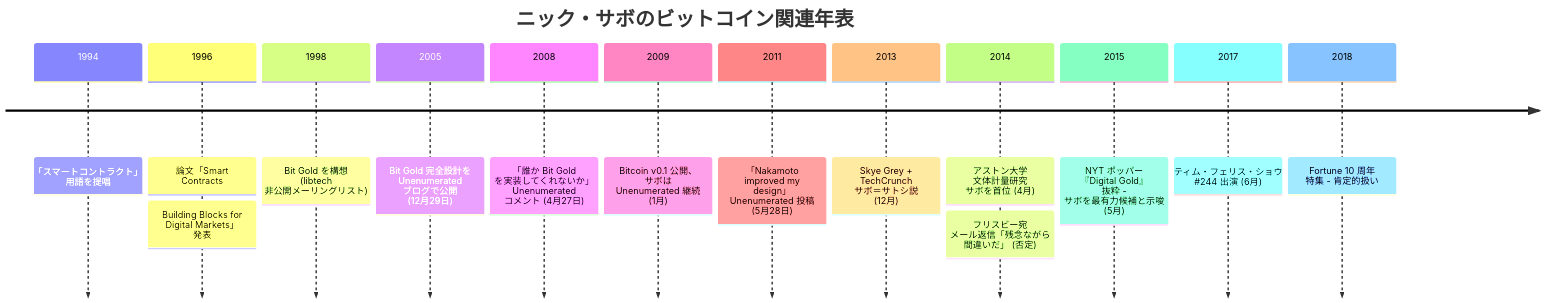
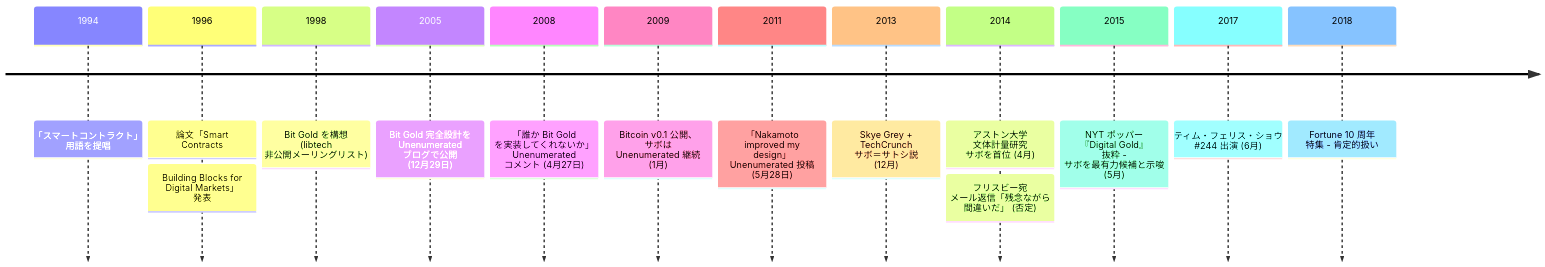
Before and after one commit to cypher256/BitcoinArchive: the diagram in src/data/translations/ja/aftermath/2005-12-29-nick-szabo-biography.md, drawn with Mermaid. The commit also changed other lines of this file and 50 other files, not shown here.

````diff
--- a/src/data/translations/ja/aftermath/2005-12-29-nick-szabo-biography.md
+++ b/src/data/translations/ja/aftermath/2005-12-29-nick-szabo-biography.md
@@ -47,17 +49,16 @@
 ```mermaid
 timeline
-    title ニック・サボのビットコイン関連年表
     1994 : 「スマートコントラクト」 用語を提唱
     1996 : 論文「Smart Contracts: Building Blocks for Digital Markets」 発表
     1998 : Bit Gold を構想 (libtech 非公開メーリングリスト)
     2005 : Bit Gold 完全設計を Unenumerated ブログで公開 (12月29日)
     2008 : 「誰か Bit Gold を実装してくれないか」 Unenumerated コメント (4月27日)
     2009 : Bitcoin v0.1 公開、 サボは Unenumerated 継続 (1月)
     2011 : 「Nakamoto improved my design」 Unenumerated 投稿 (5月28日)
     2013 : Skye Grey + TechCrunch サボ＝サトシ説 (12月)
     2014 : アストン大学 文体計量研究 サボを首位 (4月)
          : フリスビー宛 メール返信「残念ながら 間違いだ」 (否定)
     2015 : NYT ポッパー 『Digital Gold』 抜粋 - サボを最有力候補と示唆 (5月)
     2017 : ティム・フェリス・ショウ #244 出演 (6月)
     2018 : Fortune 10 周年 特集 - 肯定的扱い
 ```
````
